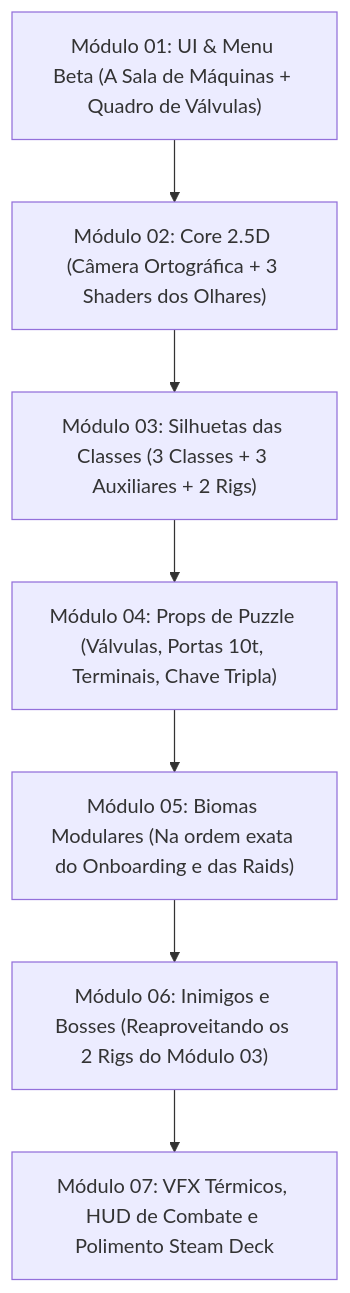
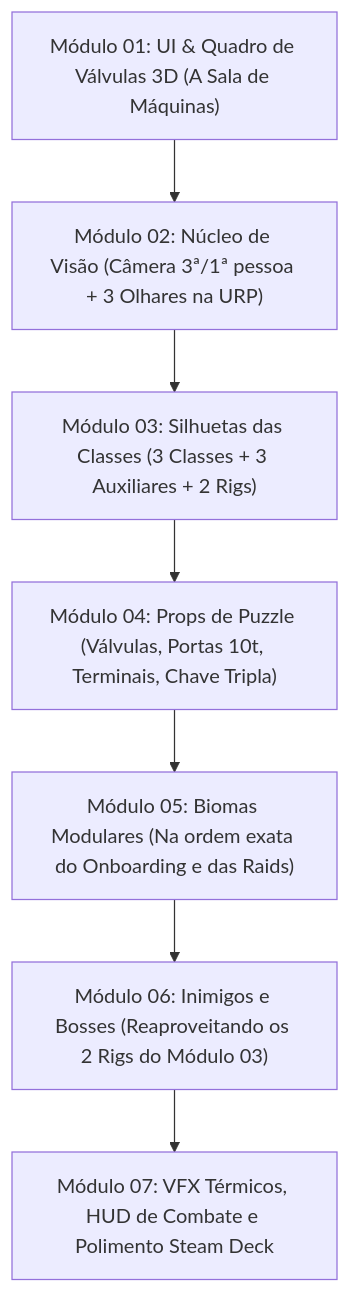
Before and after one commit to gleyson82/Project-Parallax: the diagram in jogos/parallax/fundacao/roteiro-componentes-visuais.md, drawn with Mermaid. The commit also changed other lines of this file and 1711 other files, not shown here.

````diff
--- a/jogos/parallax/fundacao/roteiro-componentes-visuais.md
+++ b/jogos/parallax/fundacao/roteiro-componentes-visuais.md
@@ -28,12 +28,12 @@
 ```mermaid
 flowchart TD
-    M1["Módulo 01: UI & Menu Beta (A Sala de Máquinas + Quadro de Válvulas)"]
-    M2["Módulo 02: Core 2.5D (Câmera Ortográfica + 3 Shaders dos Olhares)"]
+    M1["Módulo 01: UI & Quadro de Válvulas 3D (A Sala de Máquinas)"]
+    M2["Módulo 02: Núcleo de Visão (Câmera 3ª/1ª pessoa + 3 Olhares na URP)"]
     M3["Módulo 03: Silhuetas das Classes (3 Classes + 3 Auxiliares + 2 Rigs)"]
     M4["Módulo 04: Props de Puzzle (Válvulas, Portas 10t, Terminais, Chave Tripla)"]
     M5["Módulo 05: Biomas Modulares (Na ordem exata do Onboarding e das Raids)"]
     M6["Módulo 06: Inimigos e Bosses (Reaproveitando os 2 Rigs do Módulo 03)"]
     M7["Módulo 07: VFX Térmicos, HUD de Combate e Polimento Steam Deck"]
 
     M1 --> M2 --> M3 --> M4 --> M5 --> M6 --> M7
 ```
````
